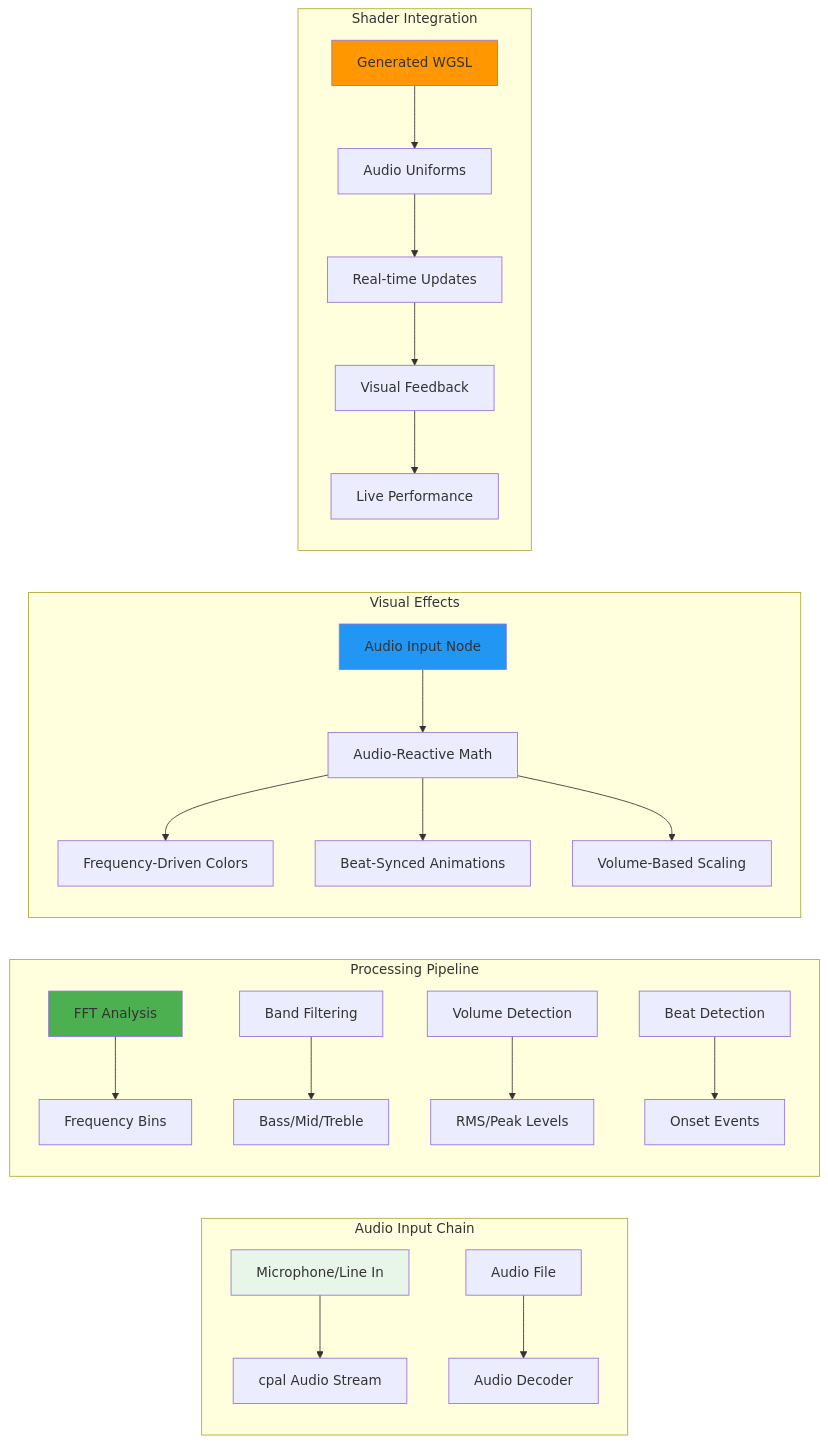
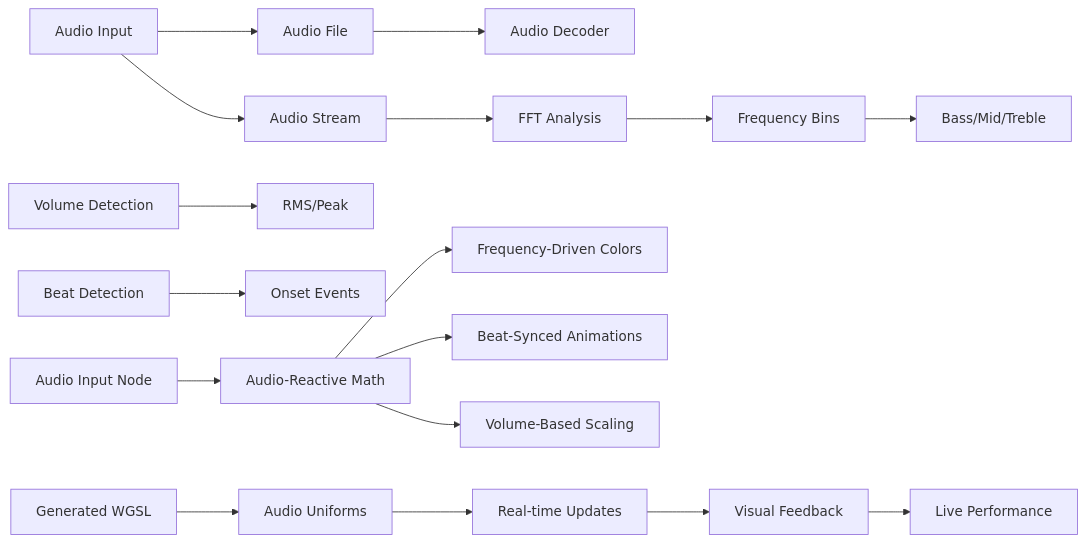
Before and after one commit to compiling-org/WGSL-Shader-Studio: the tenth of 14 diagrams in docs/NODE_BASED_SYSTEM_ARCHITECTURE.md, drawn with Mermaid. The commit also changed other lines of this file and 37 other files, not shown here.

Commit message:
docs: reality-aligned content updates; diagrams unchanged; roadmap fix; systems reference wiring; PRD narrative adjusted; tech-arch reference note

````diff
--- a/docs/NODE_BASED_SYSTEM_ARCHITECTURE.md
+++ b/docs/NODE_BASED_SYSTEM_ARCHITECTURE.md
@@ -386,33 +243,19 @@
 ```mermaid
-graph LR
-    subgraph "Audio Input Chain"
-        A[Microphone/Line In] --> B[cpal Audio Stream]
-        C[Audio File] --> D[Audio Decoder]
-    end
-    
-    subgraph "Processing Pipeline"
-        E[FFT Analysis] --> F[Frequency Bins]
-        G[Band Filtering] --> H[Bass/Mid/Treble]
-        I[Volume Detection] --> J[RMS/Peak Levels]
-        K[Beat Detection] --> L[Onset Events]
-    end
-    
-    subgraph "Visual Effects"
-        M[Audio Input Node] --> N[Audio-Reactive Math]
-        N --> O[Frequency-Driven Colors]
-        N --> P[Beat-Synced Animations]
-        N --> Q[Volume-Based Scaling]
-    end
-    
-    subgraph "Shader Integration"
-        R[Generated WGSL] --> S[Audio Uniforms]
-        S --> T[Real-time Updates]
-        T --> U[Visual Feedback]
-        U --> V[Live Performance]
-    end
-    
-    style A fill:#e8f5e9
-    style E fill:#4caf50
-    style M fill:#2196f3
-    style R fill:#ff9800
+flowchart LR
+    Input[Audio Input] --> Stream[Audio Stream]
+    Input --> File[Audio File]
+    File --> Decoder[Audio Decoder]
+    Stream --> FFT[FFT Analysis]
+    FFT --> Bands[Frequency Bins]
+    Bands --> H[Bass/Mid/Treble]
+    Volume[Volume Detection] --> Levels[RMS/Peak]
+    Beat[Beat Detection] --> Onsets[Onset Events]
+    Node[Audio Input Node] --> Math[Audio-Reactive Math]
+    Math --> Colors[Frequency-Driven Colors]
+    Math --> Animations[Beat-Synced Animations]
+    Math --> Scaling[Volume-Based Scaling]
+    WGSL[Generated WGSL] --> Uniforms[Audio Uniforms]
+    Uniforms --> Updates[Real-time Updates]
+    Updates --> Feedback[Visual Feedback]
+    Feedback --> Performance[Live Performance]
 ```
````
